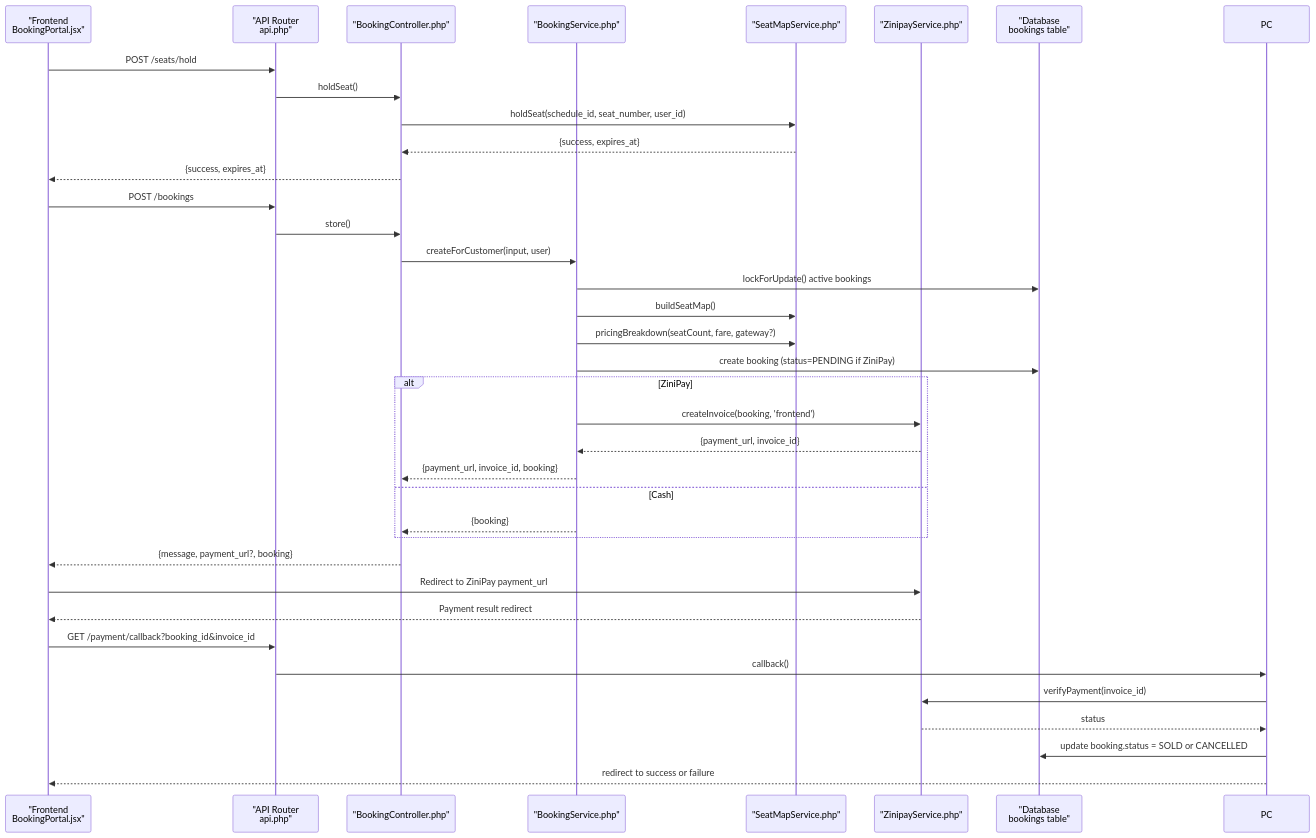
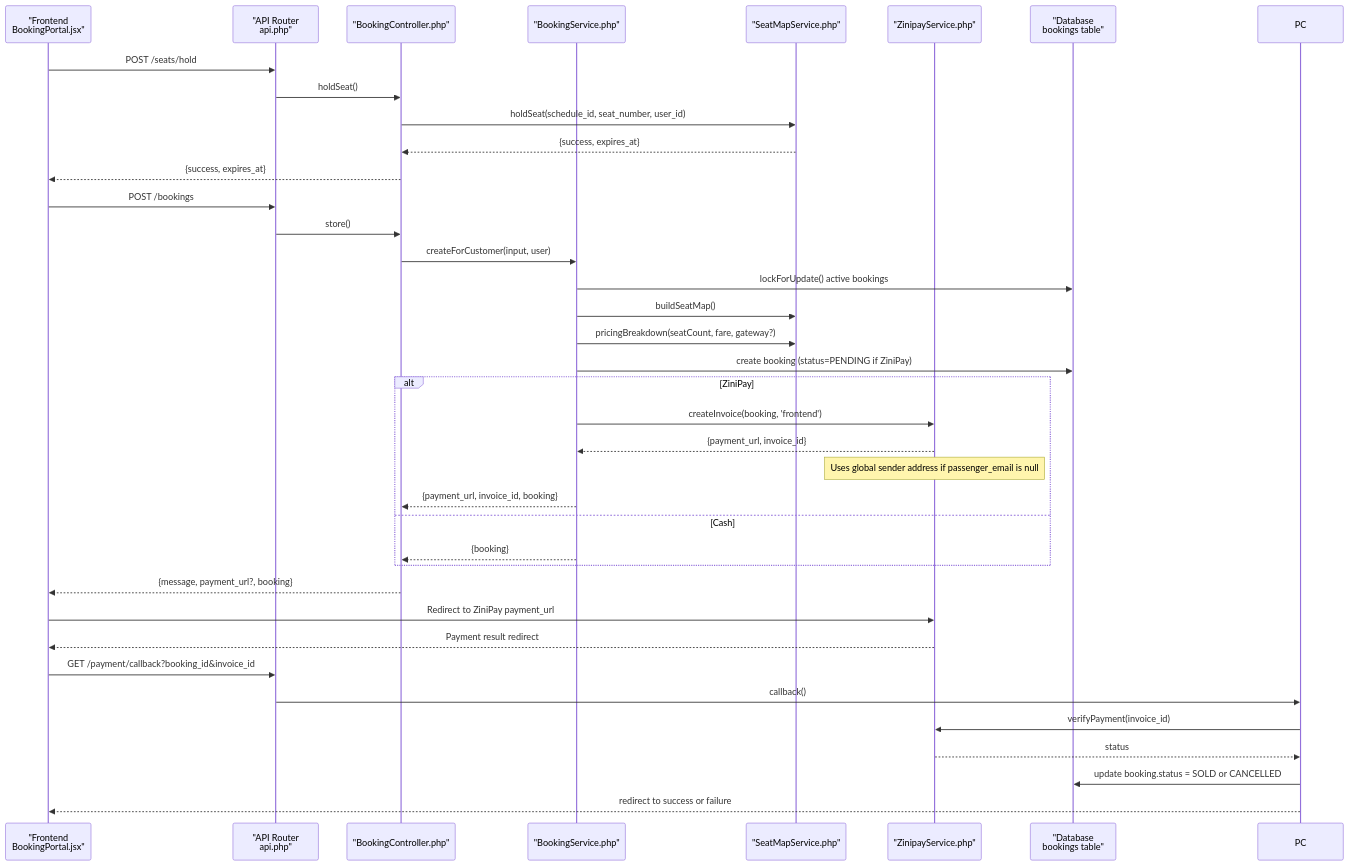
Before and after one commit to mahbub095/bus-app: the second of 8 diagrams in .qoder/repowiki/en/content/Customer Application/User Workflows/Booking Process/Booking Confirmation & Payment.md, drawn with Mermaid. The commit also changed other lines of this file and 165 other files, not shown here.

````diff
--- a/.qoder/repowiki/en/content/Customer Application/User Workflows/Booking Process/Booking Confirmation & Payment.md
+++ b/.qoder/repowiki/en/content/Customer Application/User Workflows/Booking Process/Booking Confirmation & Payment.md
@@ -129,38 +144,39 @@
 ```mermaid
 sequenceDiagram
 participant FE as "Frontend<br/>BookingPortal.jsx"
 participant API as "API Router<br/>api.php"
 participant BC as "BookingController.php"
 participant BS as "BookingService.php"
 participant SM as "SeatMapService.php"
 participant ZS as "ZinipayService.php"
 participant DB as "Database<br/>bookings table"
 FE->>API : POST /seats/hold
 API->>BC : holdSeat()
 BC->>SM : holdSeat(schedule_id, seat_number, user_id)
 SM-->>BC : {success, expires_at}
 BC-->>FE : {success, expires_at}
 FE->>API : POST /bookings
 API->>BC : store()
 BC->>BS : createForCustomer(input, user)
 BS->>DB : lockForUpdate() active bookings
 BS->>SM : buildSeatMap()
 BS->>SM : pricingBreakdown(seatCount, fare, gateway?)
 BS->>DB : create booking (status=PENDING if ZiniPay)
 alt ZiniPay
 BS->>ZS : createInvoice(booking, 'frontend')
 ZS-->>BS : {payment_url, invoice_id}
+Note over ZS : Uses global sender address if passenger_email is null
 BS-->>BC : {payment_url, invoice_id, booking}
 else Cash
 BS-->>BC : {booking}
 end
 BC-->>FE : {message, payment_url?, booking}
 FE->>ZS : Redirect to ZiniPay payment_url
 ZS-->>FE : Payment result redirect
 FE->>API : GET /payment/callback?booking_id&invoice_id
 API->>PC : callback()
 PC->>ZS : verifyPayment(invoice_id)
 ZS-->>PC : status
 PC->>DB : update booking.status = SOLD or CANCELLED
 PC-->>FE : redirect to success or failure
 ```
````
